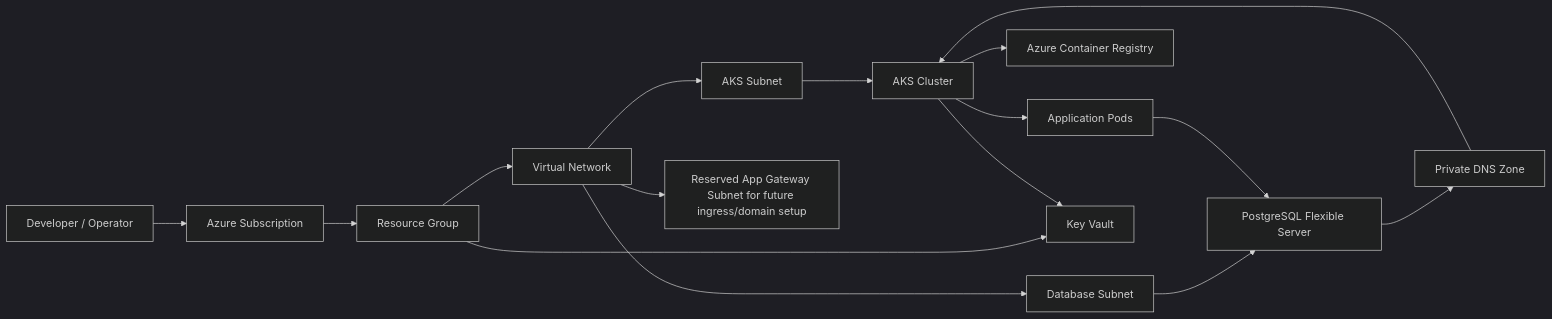
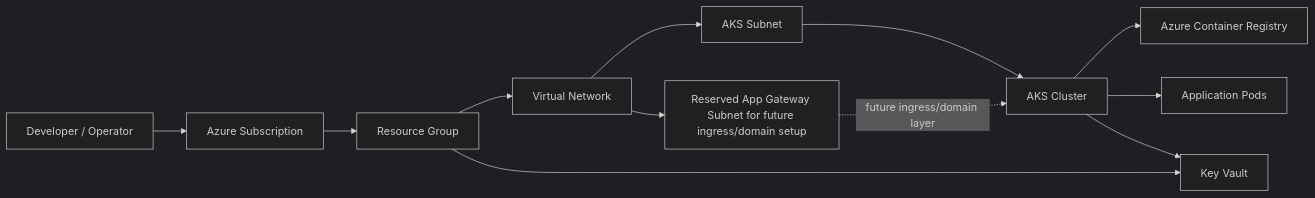
One commit to mohdabbas078/azure-aks-infra changed the diagram in README.md. Above: the diagram before and after it, drawn with Mermaid (dark theme). The commit also changed other lines of this file and 13 other files, not shown here.

````diff
--- a/README.md
+++ b/README.md
@@ -20,21 +18,16 @@
 ```mermaid
 flowchart LR
     User[Developer / Operator] --> Azure[Azure Subscription]
     Azure --> RG[Resource Group]
     RG --> VNET[Virtual Network]
     VNET --> AKSSubnet[AKS Subnet]
-    VNET --> DBSubnet[Database Subnet]
     VNET --> AppGWSubnet[Reserved App Gateway Subnet for future ingress/domain setup]
 
     AKSSubnet --> AKS[AKS Cluster]
     AKS --> ACR[Azure Container Registry]
     AKS --> K8sPods[Application Pods]
 
-    DBSubnet --> PG[PostgreSQL Flexible Server]
-    PG --> DNS[Private DNS Zone]
-    DNS --> AKS
-
     RG --> KV[Key Vault]
     AKS --> KV
-    K8sPods --> PG
+    AppGWSubnet -. future ingress/domain layer .-> AKS
 ```
````
